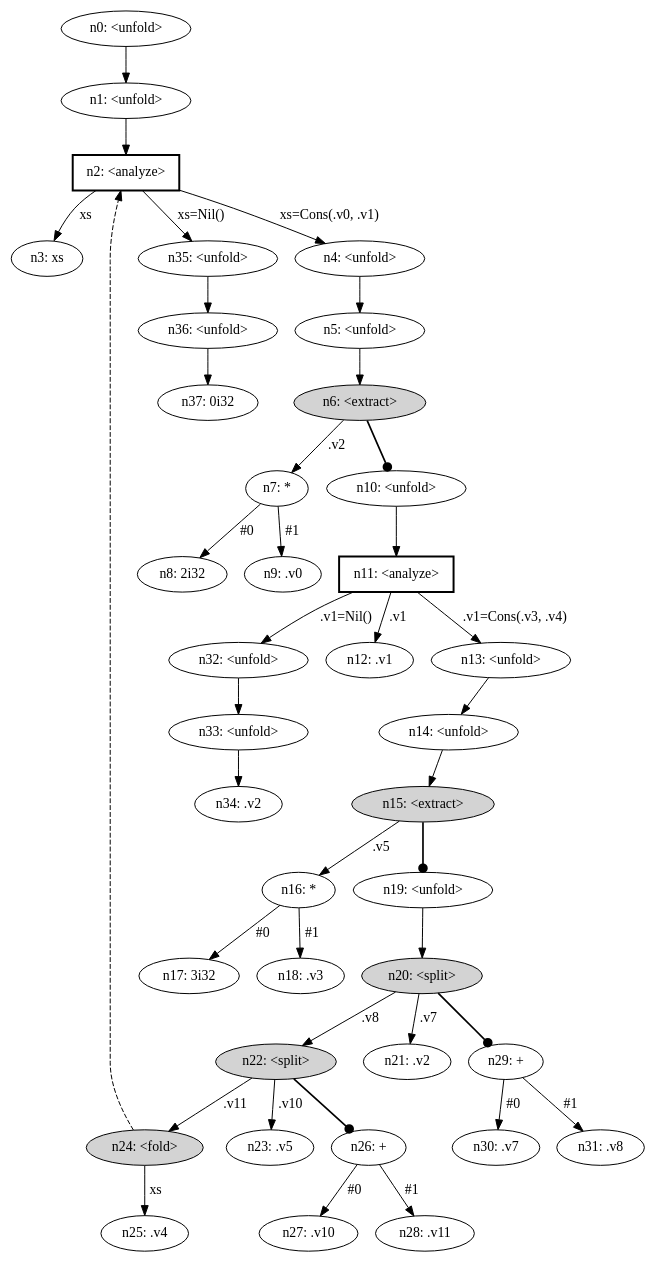
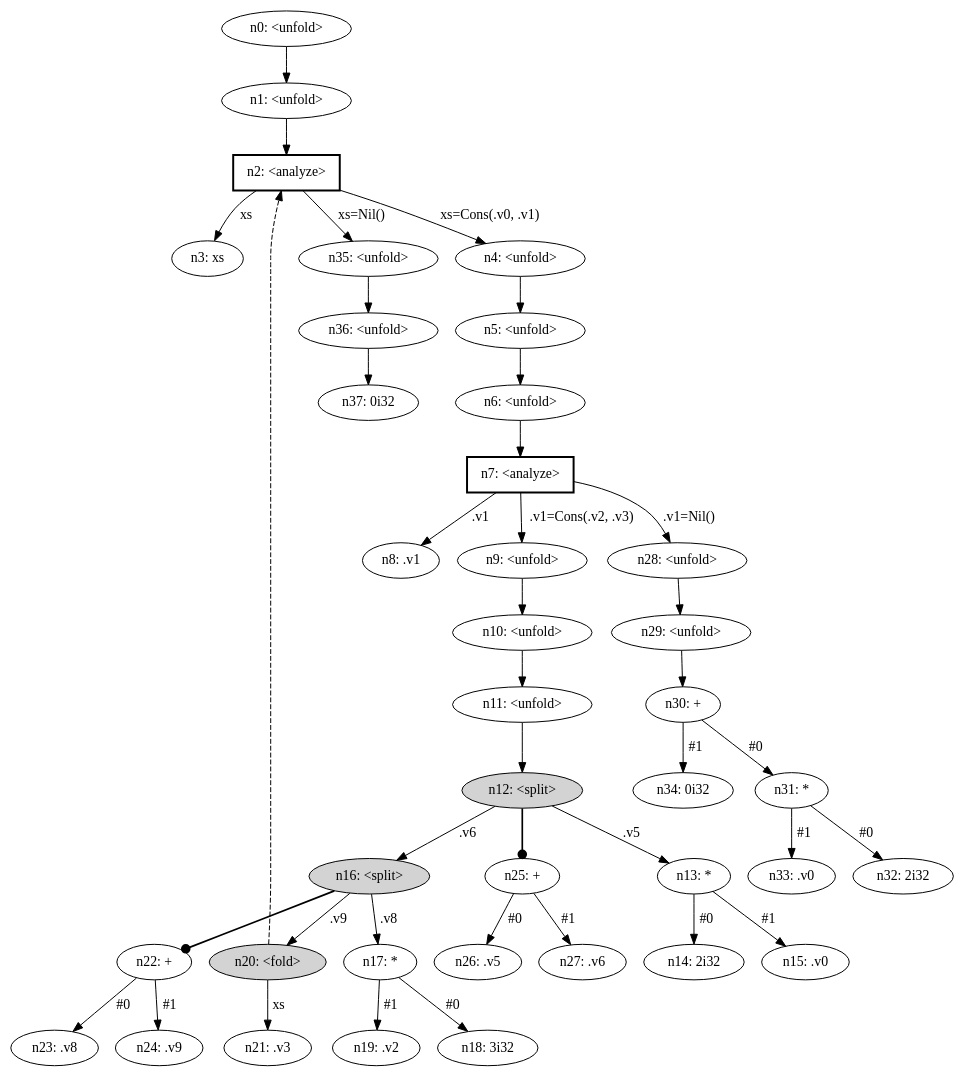
Before and after one commit to mazeppa-dev/mazeppa: the diagram in examples/mutual-recursion/target/graph.dot, drawn with Graphviz. The commit also changed 12 other files, not shown here.

```diff
--- a/examples/mutual-recursion/target/graph.dot
+++ b/examples/mutual-recursion/target/graph.dot
@@ -1,80 +1,80 @@
 digraph {
     node [fontname="bold helvetica"];
     edge [fontname="bold helvetica"];
     n0 [label="n0: <unfold>"];
     n1 [label="n1: <unfold>"];
     n0 -> n1;
     n2 [label="n2: <analyze>"] [shape=box style=bold];
     n1 -> n2;
     n3 [label="n3: xs"];
     n2 -> n3 [label=" xs "];
     n4 [label="n4: <unfold>"];
     n2 -> n4 [label=" xs=Cons(.v0, .v1) "];
     n5 [label="n5: <unfold>"];
     n4 -> n5;
-    n6 [label="n6: <extract>"] [style=filled];
+    n6 [label="n6: <unfold>"];
     n5 -> n6;
-    n7 [label="n7: *"];
-    n6 -> n7 [label=" .v2 "];
-    n8 [label="n8: 2i32"];
-    n7 -> n8 [label=" #0 "];
-    n9 [label="n9: .v0"];
-    n7 -> n9 [label=" #1 "];
+    n7 [label="n7: <analyze>"] [shape=box style=bold];
+    n6 -> n7;
+    n8 [label="n8: .v1"];
+    n7 -> n8 [label=" .v1 "];
+    n9 [label="n9: <unfold>"];
+    n7 -> n9 [label=" .v1=Cons(.v2, .v3) "];
     n10 [label="n10: <unfold>"];
-    n6 -> n10 [penwidth=1.7 arrowhead=dot];
-    n11 [label="n11: <analyze>"] [shape=box style=bold];
+    n9 -> n10;
+    n11 [label="n11: <unfold>"];
     n10 -> n11;
-    n12 [label="n12: .v1"];
-    n11 -> n12 [label=" .v1 "];
-    n13 [label="n13: <unfold>"];
-    n11 -> n13 [label=" .v1=Cons(.v3, .v4) "];
-    n14 [label="n14: <unfold>"];
-    n13 -> n14;
-    n15 [label="n15: <extract>"] [style=filled];
-    n14 -> n15;
-    n16 [label="n16: *"];
-    n15 -> n16 [label=" .v5 "];
-    n17 [label="n17: 3i32"];
-    n16 -> n17 [label=" #0 "];
-    n18 [label="n18: .v3"];
-    n16 -> n18 [label=" #1 "];
-    n19 [label="n19: <unfold>"];
-    n15 -> n19 [penwidth=1.7 arrowhead=dot];
-    n20 [label="n20: <split>"] [style=filled];
-    n19 -> n20;
-    n21 [label="n21: .v2"];
-    n20 -> n21 [label=" .v7 "];
-    n22 [label="n22: <split>"] [style=filled];
-    n20 -> n22 [label=" .v8 "];
-    n23 [label="n23: .v5"];
-    n22 -> n23 [label=" .v10 "];
-    n24 [label="n24: <fold>"] [style=filled];
-    n22 -> n24 [label=" .v11 "];
-    n24 -> n2 [style=dashed];
-    n25 [label="n25: .v4"];
-    n24 -> n25 [label=" xs "];
-    n26 [label="n26: +"];
-    n22 -> n26 [penwidth=1.7 arrowhead=dot];
-    n27 [label="n27: .v10"];
-    n26 -> n27 [label=" #0 "];
-    n28 [label="n28: .v11"];
-    n26 -> n28 [label=" #1 "];
-    n29 [label="n29: +"];
-    n20 -> n29 [penwidth=1.7 arrowhead=dot];
-    n30 [label="n30: .v7"];
-    n29 -> n30 [label=" #0 "];
-    n31 [label="n31: .v8"];
-    n29 -> n31 [label=" #1 "];
-    n32 [label="n32: <unfold>"];
-    n11 -> n32 [label=" .v1=Nil() "];
-    n33 [label="n33: <unfold>"];
-    n32 -> n33;
-    n34 [label="n34: .v2"];
-    n33 -> n34;
+    n12 [label="n12: <split>"] [style=filled];
+    n11 -> n12;
+    n13 [label="n13: *"];
+    n12 -> n13 [label=" .v5 "];
+    n14 [label="n14: 2i32"];
+    n13 -> n14 [label=" #0 "];
+    n15 [label="n15: .v0"];
+    n13 -> n15 [label=" #1 "];
+    n16 [label="n16: <split>"] [style=filled];
+    n12 -> n16 [label=" .v6 "];
+    n17 [label="n17: *"];
+    n16 -> n17 [label=" .v8 "];
+    n18 [label="n18: 3i32"];
+    n17 -> n18 [label=" #0 "];
+    n19 [label="n19: .v2"];
+    n17 -> n19 [label=" #1 "];
+    n20 [label="n20: <fold>"] [style=filled];
+    n16 -> n20 [label=" .v9 "];
+    n20 -> n2 [style=dashed];
+    n21 [label="n21: .v3"];
+    n20 -> n21 [label=" xs "];
+    n22 [label="n22: +"];
+    n16 -> n22 [penwidth=1.7 arrowhead=dot];
+    n23 [label="n23: .v8"];
+    n22 -> n23 [label=" #0 "];
+    n24 [label="n24: .v9"];
+    n22 -> n24 [label=" #1 "];
+    n25 [label="n25: +"];
+    n12 -> n25 [penwidth=1.7 arrowhead=dot];
+    n26 [label="n26: .v5"];
+    n25 -> n26 [label=" #0 "];
+    n27 [label="n27: .v6"];
+    n25 -> n27 [label=" #1 "];
+    n28 [label="n28: <unfold>"];
+    n7 -> n28 [label=" .v1=Nil() "];
+    n29 [label="n29: <unfold>"];
+    n28 -> n29;
+    n30 [label="n30: +"];
+    n29 -> n30;
+    n31 [label="n31: *"];
+    n30 -> n31 [label=" #0 "];
+    n32 [label="n32: 2i32"];
+    n31 -> n32 [label=" #0 "];
+    n33 [label="n33: .v0"];
+    n31 -> n33 [label=" #1 "];
+    n34 [label="n34: 0i32"];
+    n30 -> n34 [label=" #1 "];
     n35 [label="n35: <unfold>"];
     n2 -> n35 [label=" xs=Nil() "];
     n36 [label="n36: <unfold>"];
     n35 -> n36;
     n37 [label="n37: 0i32"];
     n36 -> n37;
 }
```
